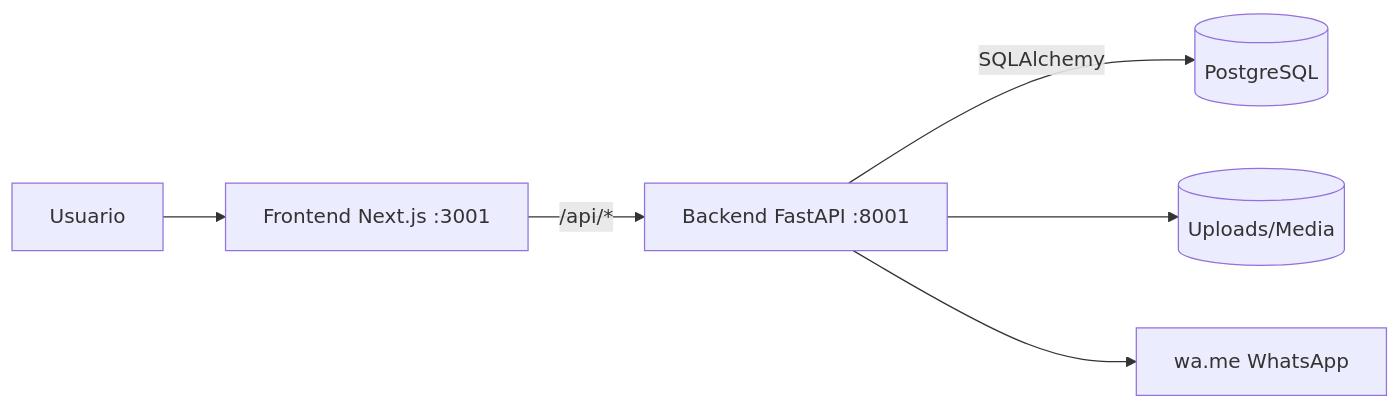
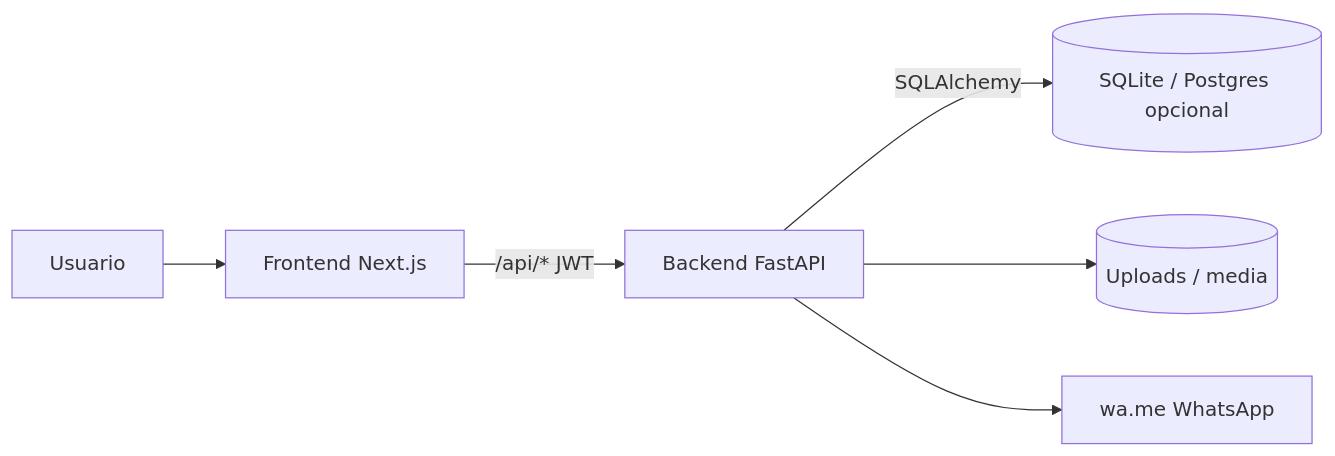
Before and after one commit to vargasgrup/DentalFacil: the diagram in docs/DOCUMENTO_MAESTRO_ENTERPRISE.md, drawn with Mermaid. The commit also changed other lines of this file and 10 other files, not shown here.

````diff
--- a/docs/DOCUMENTO_MAESTRO_ENTERPRISE.md
+++ b/docs/DOCUMENTO_MAESTRO_ENTERPRISE.md
@@ -109,8 +145,8 @@
 ```mermaid
 flowchart LR
-    U[Usuario] --> F[Frontend Next.js :3001]
-    F -->|/api/*| B[Backend FastAPI :8001]
-    B -->|SQLAlchemy| DB[(PostgreSQL)]
-    B --> FS[(Uploads/Media)]
+    U[Usuario] --> F[Frontend Next.js]
+    F -->|/api/* JWT| B[Backend FastAPI]
+    B -->|SQLAlchemy| DB[(SQLite / Postgres opcional)]
+    B --> FS[(Uploads / media)]
     B --> W[wa.me WhatsApp]
 ```
````
